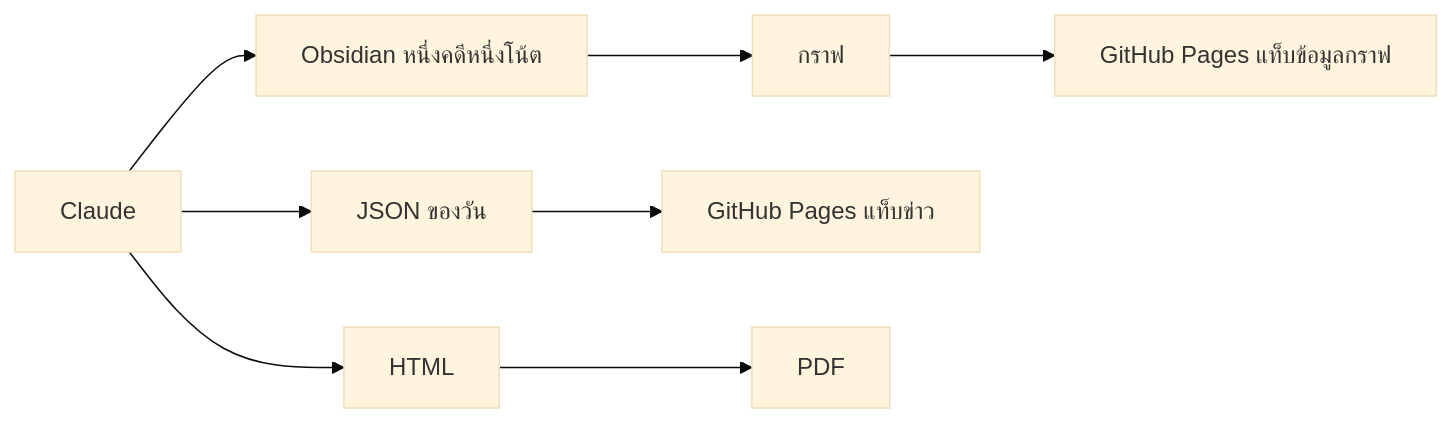
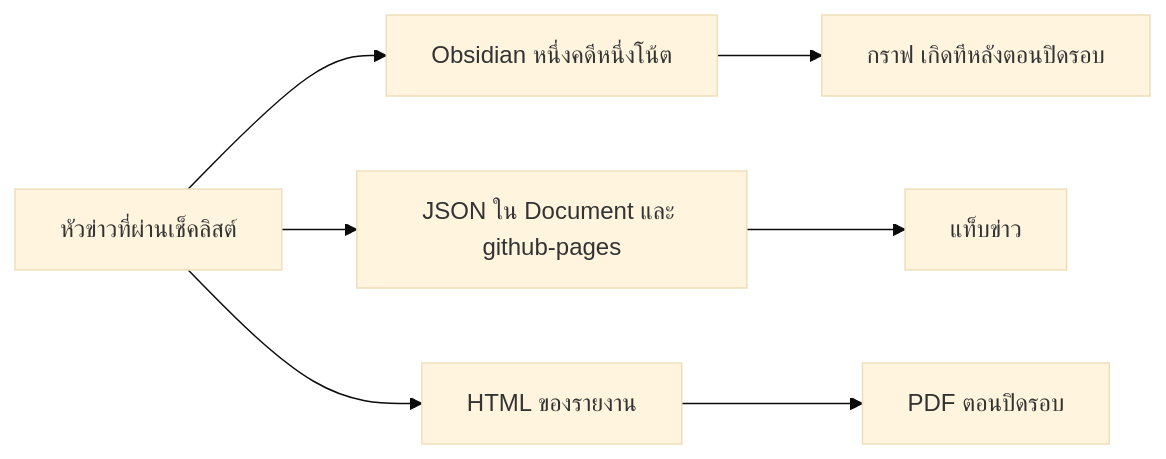
Diagram 12 of 13 in README.md (chiraleo2000/Police-news-intel-kit), drawn with Mermaid (base theme) before and after one commit. The commit also changed other lines of this file and 3 other files, not shown here.

Commit message:
Document system structure with Mermaid and harden LINE webhook export.

````diff
--- a/README.md
+++ b/README.md
@@ -86,10 +278,9 @@
 ```mermaid
 flowchart LR
-  C[Claude] --> V[Obsidian หนึ่งคดีหนึ่งโน้ต]
-  C --> J[JSON ของวัน]
-  C --> H[HTML]
-  V --> G[กราฟ]
-  J --> WEB[GitHub Pages แท็บข่าว]
-  G --> BRAIN[GitHub Pages แท็บข้อมูลกราฟ]
-  H --> PDF[PDF]
+  C[หัวข่าวที่ผ่านเช็คลิสต์] --> V[Obsidian หนึ่งคดีหนึ่งโน้ต]
+  C --> J["JSON ใน Document และ github-pages"]
+  C --> H[HTML ของรายงาน]
+  V --> G[กราฟ เกิดทีหลังตอนปิดรอบ]
+  J --> WEB[แท็บข่าว]
+  H --> PDF[PDF ตอนปิดรอบ]
 ```
````
